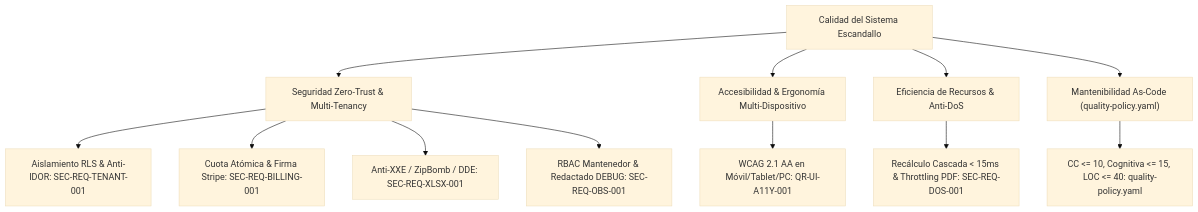
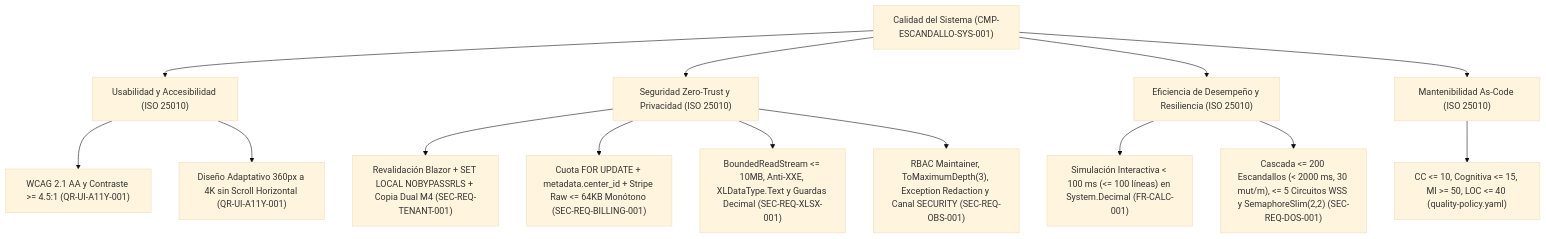
Before and after one commit to altromon/Escandallo: the diagram in specs/architecture/10-quality-requirements.md, drawn with Mermaid (base theme). The commit also changed other lines of this file and 125 other files, not shown here.

````diff
--- a/specs/architecture/10-quality-requirements.md
+++ b/specs/architecture/10-quality-requirements.md
@@ -26,15 +28,20 @@
 ```mermaid
 graph TD
-    QualityTree["Calidad del Sistema Escandallo"] --> Security["Seguridad Zero-Trust & Multi-Tenancy"]
-    QualityTree --> Usability["Accesibilidad & Ergonomía Multi-Dispositivo"]
-    QualityTree --> Performance["Eficiencia de Recursos & Anti-DoS"]
-    QualityTree --> Maintainability["Mantenibilidad As-Code (quality-policy.yaml)"]
+    QualityRoot["Calidad del Sistema (CMP-ESCANDALLO-SYS-001)"] --> Usabilidad["Usabilidad y Accesibilidad (ISO 25010)"]
+    QualityRoot --> Seguridad["Seguridad Zero-Trust y Privacidad (ISO 25010)"]
+    QualityRoot --> Rendimiento["Eficiencia de Desempeño y Resiliencia (ISO 25010)"]
+    QualityRoot --> Mantenibilidad["Mantenibilidad As-Code (ISO 25010)"]
 
-    Security --> S1["Aislamiento RLS & Anti-IDOR: SEC-REQ-TENANT-001"]
-    Security --> S2["Cuota Atómica & Firma Stripe: SEC-REQ-BILLING-001"]
-    Security --> S3["Anti-XXE / ZipBomb / DDE: SEC-REQ-XLSX-001"]
-    Security --> S4["RBAC Mantenedor & Redactado DEBUG: SEC-REQ-OBS-001"]
-    Usability --> U1["WCAG 2.1 AA en Móvil/Tablet/PC: QR-UI-A11Y-001"]
-    Performance --> P1["Recálculo Cascada < 15ms & Throttling PDF: SEC-REQ-DOS-001"]
-    Maintainability --> M1["CC <= 10, Cognitiva <= 15, LOC <= 40: quality-policy.yaml"]
+    Usabilidad --> U1["WCAG 2.1 AA y Contraste >= 4.5:1 (QR-UI-A11Y-001)"]
+    Usabilidad --> U2["Diseño Adaptativo 360px a 4K sin Scroll Horizontal (QR-UI-A11Y-001)"]
+
+    Seguridad --> S1["Revalidación Blazor + SET LOCAL NOBYPASSRLS + Copia Dual M4 (SEC-REQ-TENANT-001)"]
+    Seguridad --> S2["Cuota FOR UPDATE + metadata.center_id + Stripe Raw <= 64KB Monótono (SEC-REQ-BILLING-001)"]
+    Seguridad --> S3["BoundedReadStream <= 10MB, Anti-XXE, XLDataType.Text y Guardas Decimal (SEC-REQ-XLSX-001)"]
+    Seguridad --> S4["RBAC Maintainer, ToMaximumDepth(3), Exception Redaction y Canal SECURITY (SEC-REQ-OBS-001)"]
+
+    Rendimiento --> P1["Simulación Interactiva < 100 ms (<= 100 líneas) en System.Decimal (FR-CALC-001)"]
+    Rendimiento --> P2["Cascada <= 200 Escandallos (< 2000 ms, 30 mut/m), <= 5 Circuitos WSS y SemaphoreSlim(2,2) (SEC-REQ-DOS-001)"]
+
+    Mantenibilidad --> M1["CC <= 10, Cognitiva <= 15, MI >= 50, LOC <= 40 (quality-policy.yaml)"]
 ```
````
